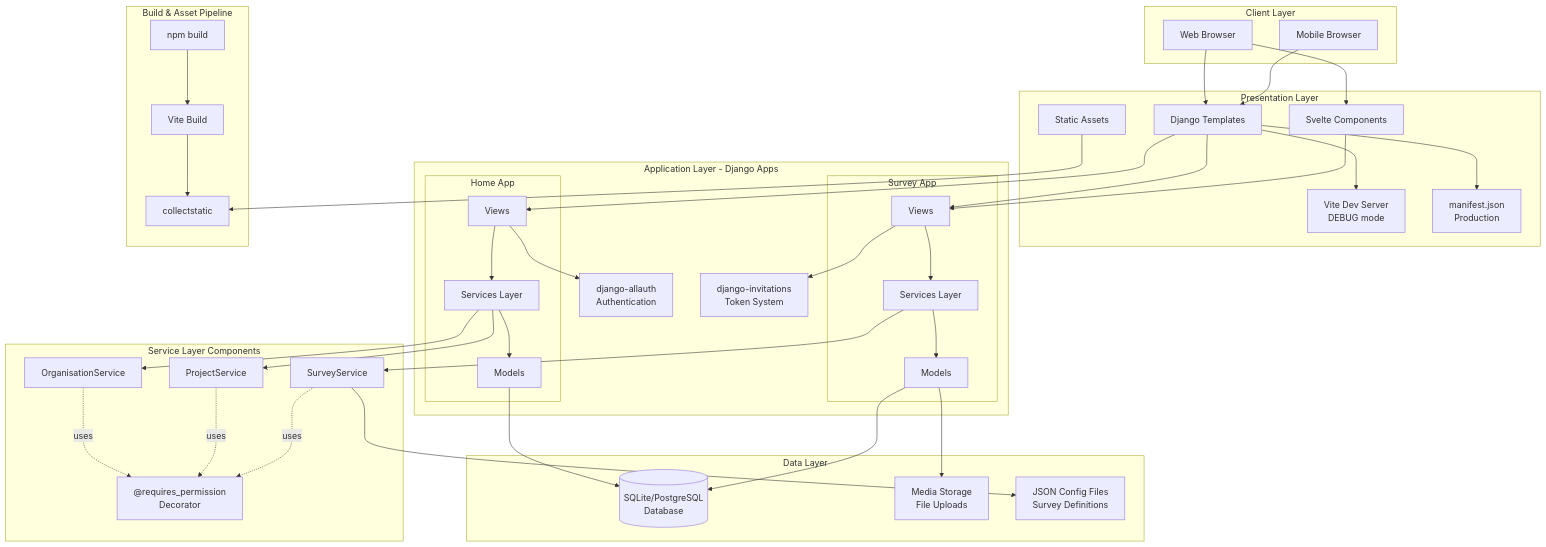
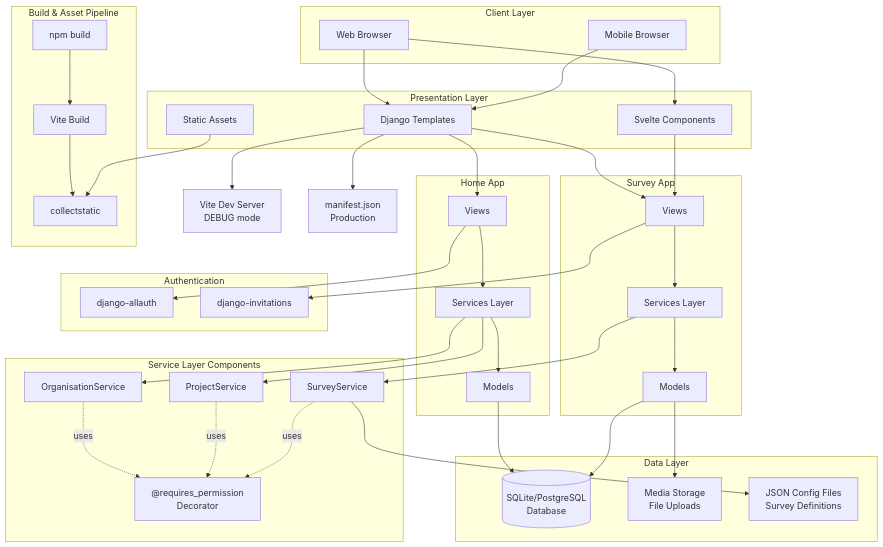
Before and after one commit to RSE-Sheffield/SORT: the first of 7 diagrams in docs/architecture.md, drawn with Mermaid.

Commit message:
fix: Remove nested subgraphs in system architecture diagram
Mermaid does not support nested subgraphs reliably. Flattened the
Application Layer structure by promoting Home App and Survey App to
top-level subgraphs, which resolves the parsing error.

````diff
--- a/docs/architecture.md
+++ b/docs/architecture.md
@@ -25,32 +25,23 @@
         Django[Django Templates]
         Svelte[Svelte Components]
         Static[Static Assets]
-
-        Django --> Vite[Vite Dev Server<br/>DEBUG mode]
-        Django --> Manifest[manifest.json<br/>Production]
     end
 
-    subgraph "Application Layer - Django Apps"
-        subgraph "Home App"
-            HomeViews[Views]
-            HomeServices[Services Layer]
-            HomeModels[Models]
+    subgraph "Home App"
+        HomeViews[Views]
+        HomeServices[Services Layer]
+        HomeModels[Models]
+    end
 
-            HomeViews --> HomeServices
-            HomeServices --> HomeModels
-        end
+    subgraph "Survey App"
+        SurveyViews[Views]
+        SurveyServices[Services Layer]
+        SurveyModels[Models]
+    end
 
-        subgraph "Survey App"
-            SurveyViews[Views]
-            SurveyServices[Services Layer]
-            SurveyModels[Models]
-
-            SurveyViews --> SurveyServices
-            SurveyServices --> SurveyModels
-        end
-
-        Auth[django-allauth<br/>Authentication]
-        Invitations[django-invitations<br/>Token System]
+    subgraph "Authentication"
+        Auth[django-allauth]
+        Invitations[django-invitations]
     end
 
     subgraph "Service Layer Components"
@@ -58,10 +49,6 @@
         ProjService[ProjectService]
         SurveyService[SurveyService]
         PermDecorator["@requires_permission<br/>Decorator"]
-
-        OrgService -.uses.-> PermDecorator
-        ProjService -.uses.-> PermDecorator
-        SurveyService -.uses.-> PermDecorator
     end
 
     subgraph "Data Layer"
@@ -74,18 +61,24 @@
         ViteBuild[Vite Build]
         NPM[npm build]
         Collect[collectstatic]
-
-        NPM --> ViteBuild
-        ViteBuild --> Collect
     end
 
     Browser --> Django
     Browser --> Svelte
     Mobile --> Django
 
+    Django --> Vite[Vite Dev Server<br/>DEBUG mode]
+    Django --> Manifest[manifest.json<br/>Production]
+
     Django --> HomeViews
     Django --> SurveyViews
     Svelte --> SurveyViews
+
+    HomeViews --> HomeServices
+    HomeServices --> HomeModels
+
+    SurveyViews --> SurveyServices
+    SurveyServices --> SurveyModels
 
     HomeViews --> Auth
     SurveyViews --> Invitations
@@ -94,10 +87,16 @@
     HomeServices --> ProjService
     SurveyServices --> SurveyService
 
+    OrgService -.uses.-> PermDecorator
+    ProjService -.uses.-> PermDecorator
+    SurveyService -.uses.-> PermDecorator
+
     HomeModels --> DB
     SurveyModels --> DB
     SurveyModels --> Media
     SurveyService --> Config
 
+    NPM --> ViteBuild
+    ViteBuild --> Collect
     Static --> Collect
 ```
````
